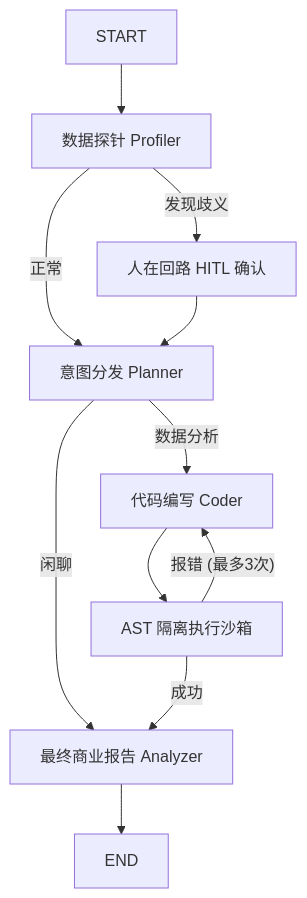
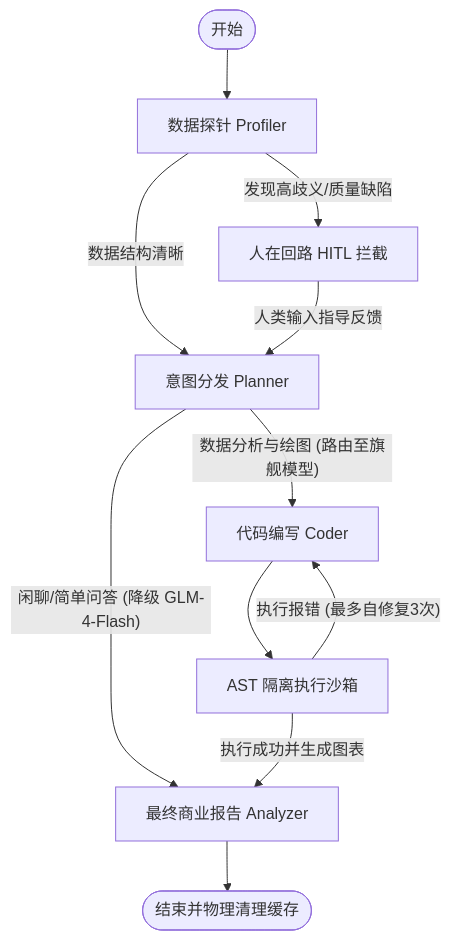
The diagram in README.md (Autumn8001/DataViz-Agent), drawn with Mermaid before and after one commit. The commit also changed other lines of this file and 1 other file, not shown here.

````diff
--- a/README.md
+++ b/README.md
@@ -35,17 +66,17 @@
 ```mermaid
 graph TD
-    START --> profiler[数据探针 Profiler]
-    profiler -- 发现歧义 --> human[人在回路 HITL 确认]
-    profiler -- 正常 --> planner
-    human --> planner[意图分发 Planner]
+    START([开始]) --> profiler[数据探针 Profiler]
+    profiler -- 发现高歧义/质量缺陷 --> human[人在回路 HITL 拦截]
+    profiler -- 数据结构清晰 --> planner[意图分发 Planner]
+    human -- 人类输入指导反馈 --> planner
     
-    planner -- 闲聊 --> analyzer
-    planner -- 数据分析 --> coder[代码编写 Coder]
+    planner -- 闲聊/简单问答 (降级 GLM-4-Flash) --> analyzer[最终商业报告 Analyzer]
+    planner -- 数据分析与绘图 (路由至旗舰模型) --> coder[代码编写 Coder]
     
     coder --> executor[AST 隔离执行沙箱]
     
-    executor -- 报错 (最多3次) --> coder
-    executor -- 成功 --> analyzer[最终商业报告 Analyzer]
+    executor -- 执行报错 (最多自修复3次) --> coder
+    executor -- 执行成功并生成图表 --> analyzer
     
-    analyzer --> END
+    analyzer --> END([结束并物理清理缓存])
 ```
````
